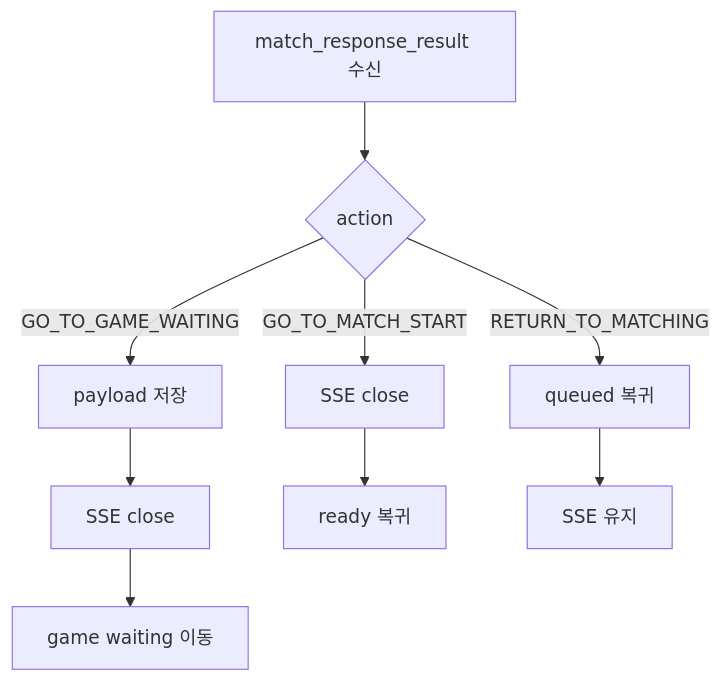
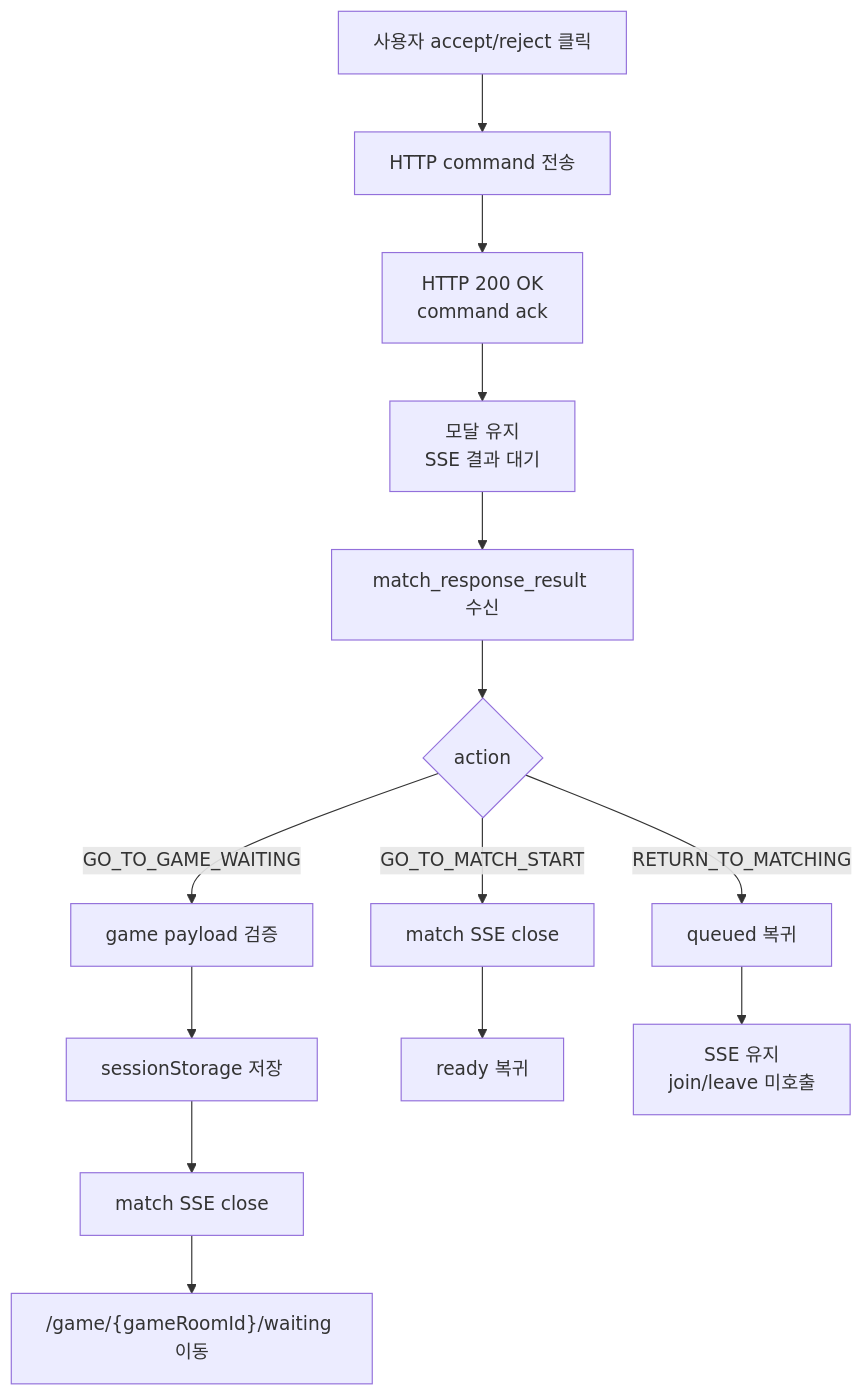
Before and after one commit to moonwhistle/League-of-Star: the second of 2 diagrams in docs/antigravity/frontend/issue-84-match-response-result-transition.md, drawn with Mermaid. The commit also changed other lines of this file and 1 other file, not shown here.

````diff
--- a/docs/antigravity/frontend/issue-84-match-response-result-transition.md
+++ b/docs/antigravity/frontend/issue-84-match-response-result-transition.md
@@ -256,11 +261,16 @@
 ```mermaid
 flowchart TD
-    A["match_response_result 수신"] --> B{"action"}
-    B -->|GO_TO_GAME_WAITING| C["payload 저장"]
-    C --> D["SSE close"]
-    D --> E["game waiting 이동"]
-    B -->|GO_TO_MATCH_START| F["SSE close"]
-    F --> G["ready 복귀"]
-    B -->|RETURN_TO_MATCHING| H["queued 복귀"]
-    H --> I["SSE 유지"]
+    A["사용자 accept/reject 클릭"] --> B["HTTP command 전송"]
+    B --> C["HTTP 200 OK<br/>command ack"]
+    C --> D["모달 유지<br/>SSE 결과 대기"]
+    D --> E["match_response_result 수신"]
+    E --> F{"action"}
+    F -->|GO_TO_GAME_WAITING| G["game payload 검증"]
+    G --> H["sessionStorage 저장"]
+    H --> I["match SSE close"]
+    I --> J["/game/{gameRoomId}/waiting 이동"]
+    F -->|GO_TO_MATCH_START| K["match SSE close"]
+    K --> L["ready 복귀"]
+    F -->|RETURN_TO_MATCHING| M["queued 복귀"]
+    M --> N["SSE 유지<br/>join/leave 미호출"]
 ```
````
